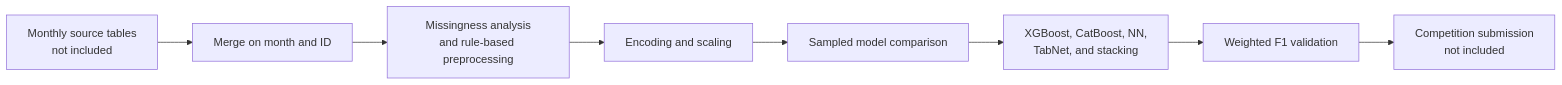
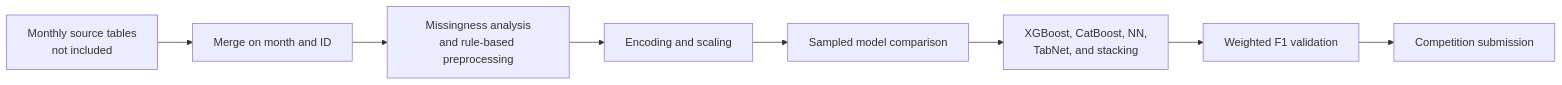
The diagram in README.md (junhyung-L/credit-card-customer-segmentation), drawn with Mermaid before and after one commit. The commit also changed other lines of this file and 3 other files, not shown here.

````diff
--- a/README.md
+++ b/README.md
@@ -31,10 +28,10 @@
 ```mermaid
 flowchart LR
     A[Monthly source tables<br/>not included] --> B[Merge on month and ID]
     B --> C[Missingness analysis<br/>and rule-based preprocessing]
     C --> D[Encoding and scaling]
     D --> E[Sampled model comparison]
     E --> F[XGBoost, CatBoost, NN,<br/>TabNet, and stacking]
     F --> G[Weighted F1 validation]
-    G --> H[Competition submission<br/>not included]
+    G --> H[Competition submission]
 ```
````
